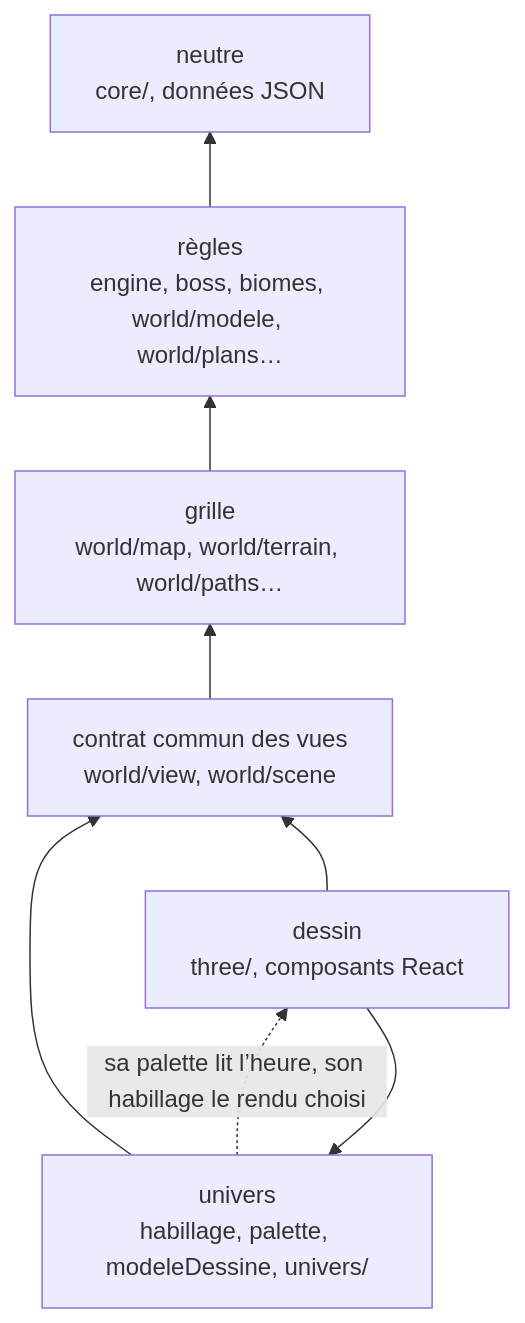
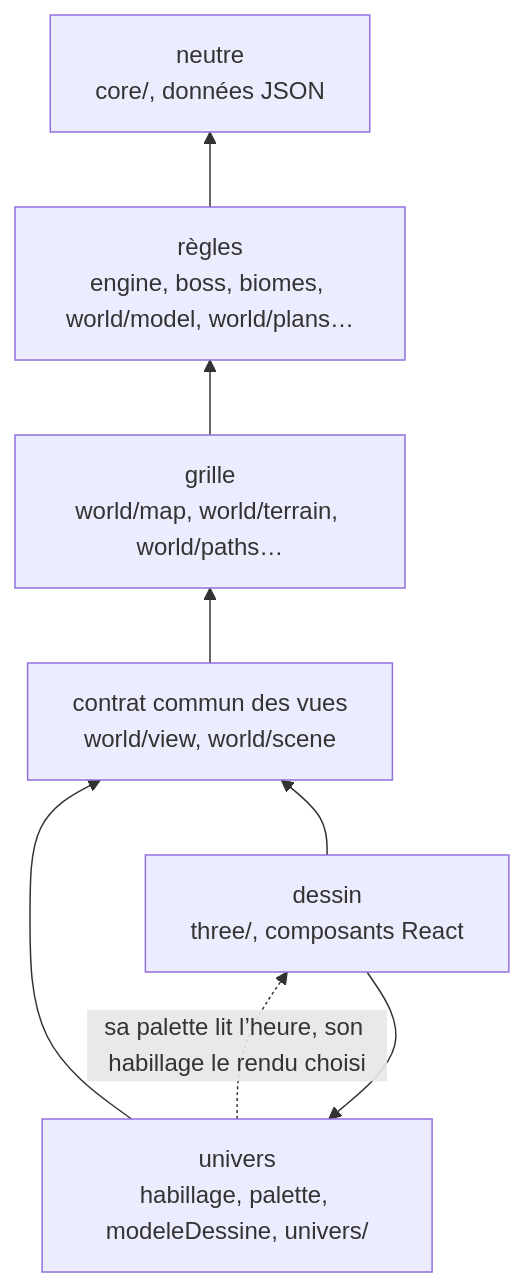
One commit to g7ed6e/dysapps changed the fourth of 4 diagrams in docs/architecture/index.md. Above: the diagram before and after it, drawn with Mermaid. The commit also changed other lines of this file and 681 other files, not shown here.

````diff
--- a/docs/architecture/index.md
+++ b/docs/architecture/index.md
@@ -92,16 +92,16 @@
 ```mermaid
 flowchart BT
   neutre[neutre<br/>core/, données JSON]
-  regle[règles<br/>engine, boss, biomes, world/modele, world/plans…]
+  regle[règles<br/>engine, boss, biomes, world/model, world/plans…]
   grille[grille<br/>world/map, world/terrain, world/paths…]
   commun[contrat commun des vues<br/>world/view, world/scene]
   univers[univers<br/>habillage, palette, modeleDessine, univers/]
   dessin[dessin<br/>three/, composants React]
   regle --> neutre
   grille --> regle
   commun --> grille
   univers --> commun
   dessin --> univers
   dessin --> commun
   univers -. sa palette lit l’heure, son habillage le rendu choisi .-> dessin
 ```
````
